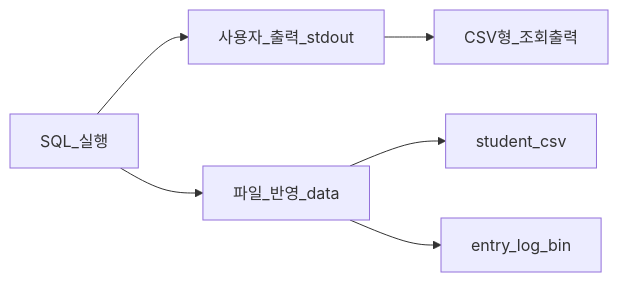
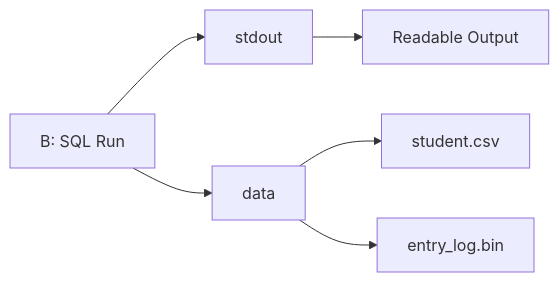
One commit to tail1887/sql_parsor changed diagram 12 of 12 in README.md. Above: the diagram before and after it, drawn with Mermaid. The commit also changed other lines of this file, not shown here.

````diff
--- a/README.md
+++ b/README.md
@@ -200,8 +164,8 @@
 ```mermaid
 flowchart LR
-    bRun["SQL_실행"] --> bUser["사용자_출력_stdout"]
-    bRun --> bData["파일_반영_data"]
-    bUser --> bCsvOut["CSV형_조회출력"]
-    bData --> bCsv["student_csv"]
-    bData --> bBin["entry_log_bin"]
+    bRun["B: SQL Run"] --> bUser["stdout"]
+    bRun --> bData["data"]
+    bUser --> bCsvOut["Readable Output"]
+    bData --> bCsv["student.csv"]
+    bData --> bBin["entry_log.bin"]
 ```
````
